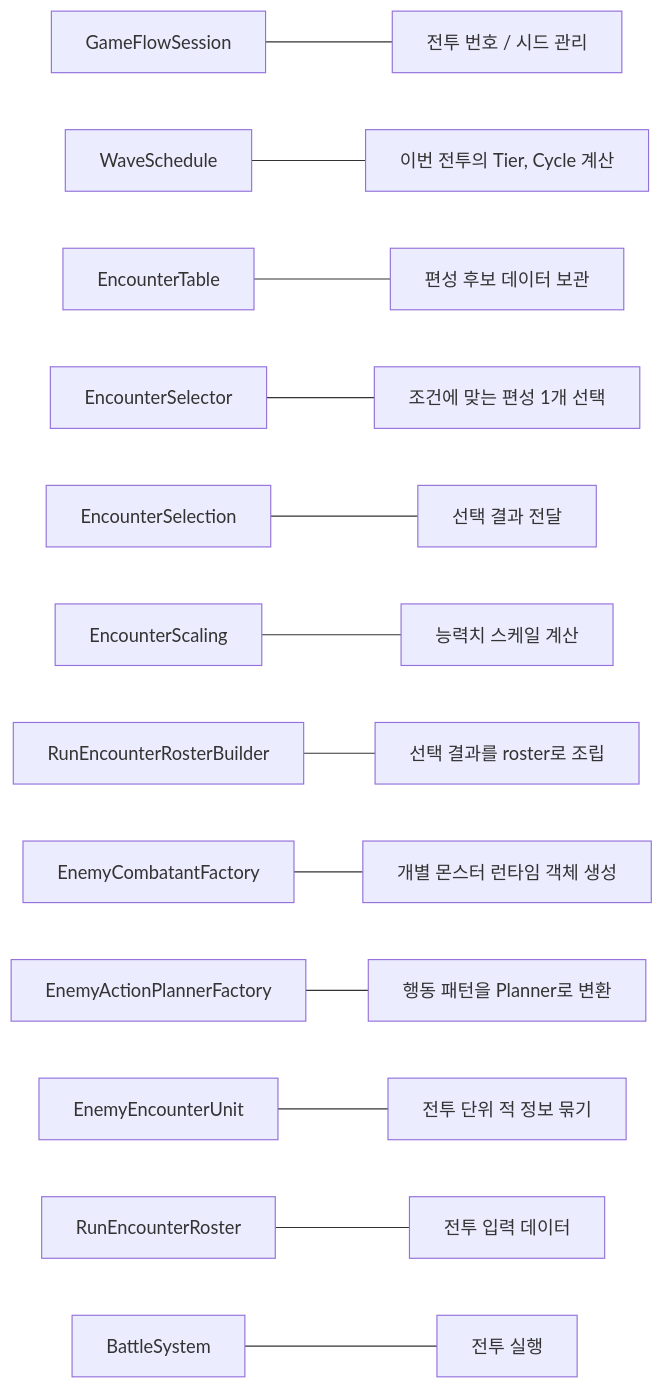
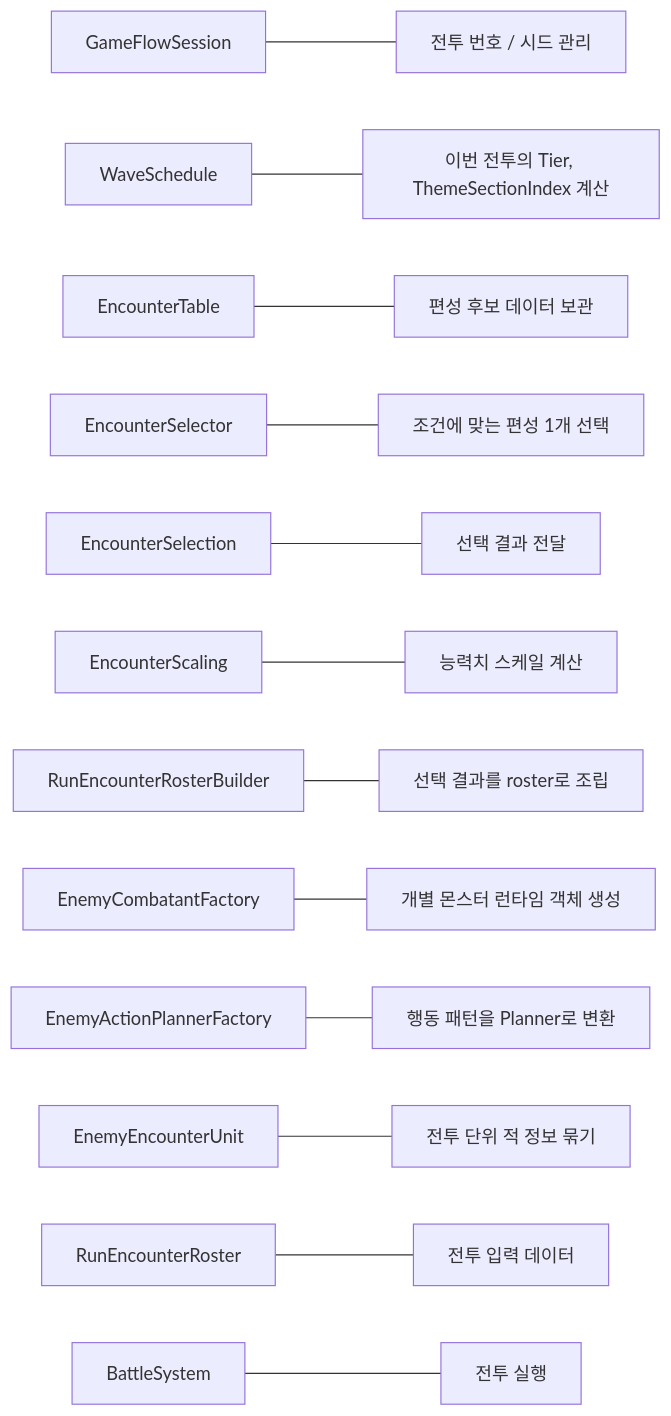
One commit to YooKyubin/SlotRogue changed the second of 4 diagrams in docs/exec-plans/active/feature-rule-based-encounter-selection.md. Above: the diagram before and after it, drawn with Mermaid. The commit also changed other lines of this file and 23 other files, not shown here.

````diff
--- a/docs/exec-plans/active/feature-rule-based-encounter-selection.md
+++ b/docs/exec-plans/active/feature-rule-based-encounter-selection.md
@@ -65,15 +65,15 @@
 ```mermaid
 flowchart LR
     A["GameFlowSession"] --- A1["전투 번호 / 시드 관리"]
-    B["WaveSchedule"] --- B1["이번 전투의 Tier, Cycle 계산"]
+    B["WaveSchedule"] --- B1["이번 전투의 Tier, ThemeSectionIndex 계산"]
     C["EncounterTable"] --- C1["편성 후보 데이터 보관"]
     D["EncounterSelector"] --- D1["조건에 맞는 편성 1개 선택"]
     E["EncounterSelection"] --- E1["선택 결과 전달"]
     F["EncounterScaling"] --- F1["능력치 스케일 계산"]
     G["RunEncounterRosterBuilder"] --- G1["선택 결과를 roster로 조립"]
     H["EnemyCombatantFactory"] --- H1["개별 몬스터 런타임 객체 생성"]
     I["EnemyActionPlannerFactory"] --- I1["행동 패턴을 Planner로 변환"]
     J["EnemyEncounterUnit"] --- J1["전투 단위 적 정보 묶기"]
     K["RunEncounterRoster"] --- K1["전투 입력 데이터"]
     L["BattleSystem"] --- L1["전투 실행"]
 ```
````
